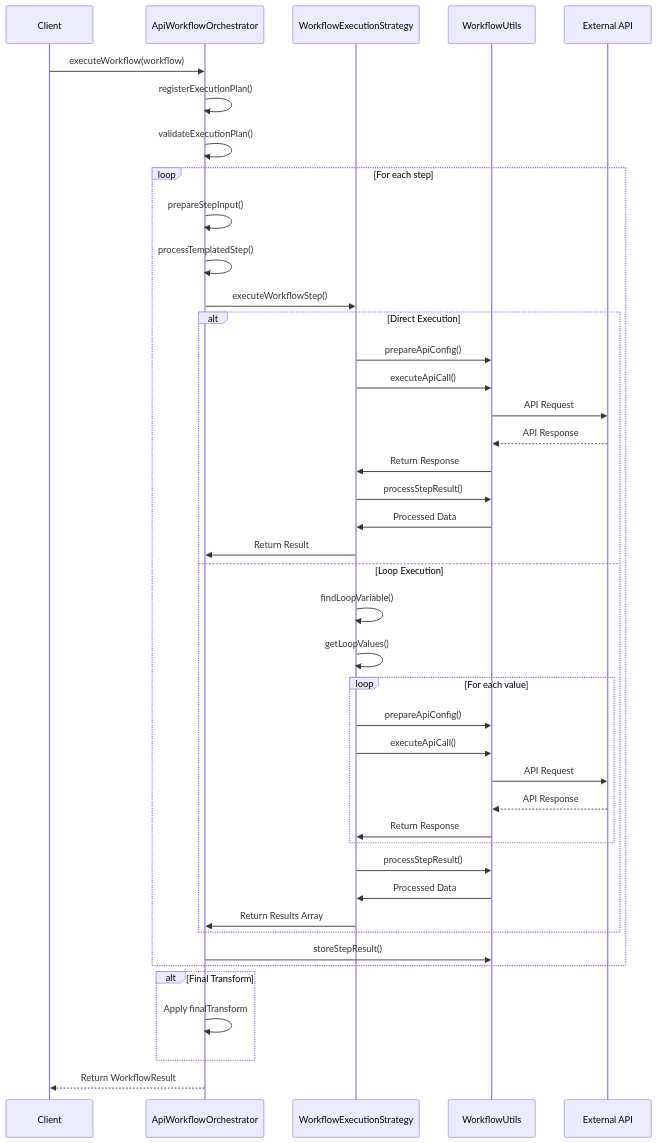
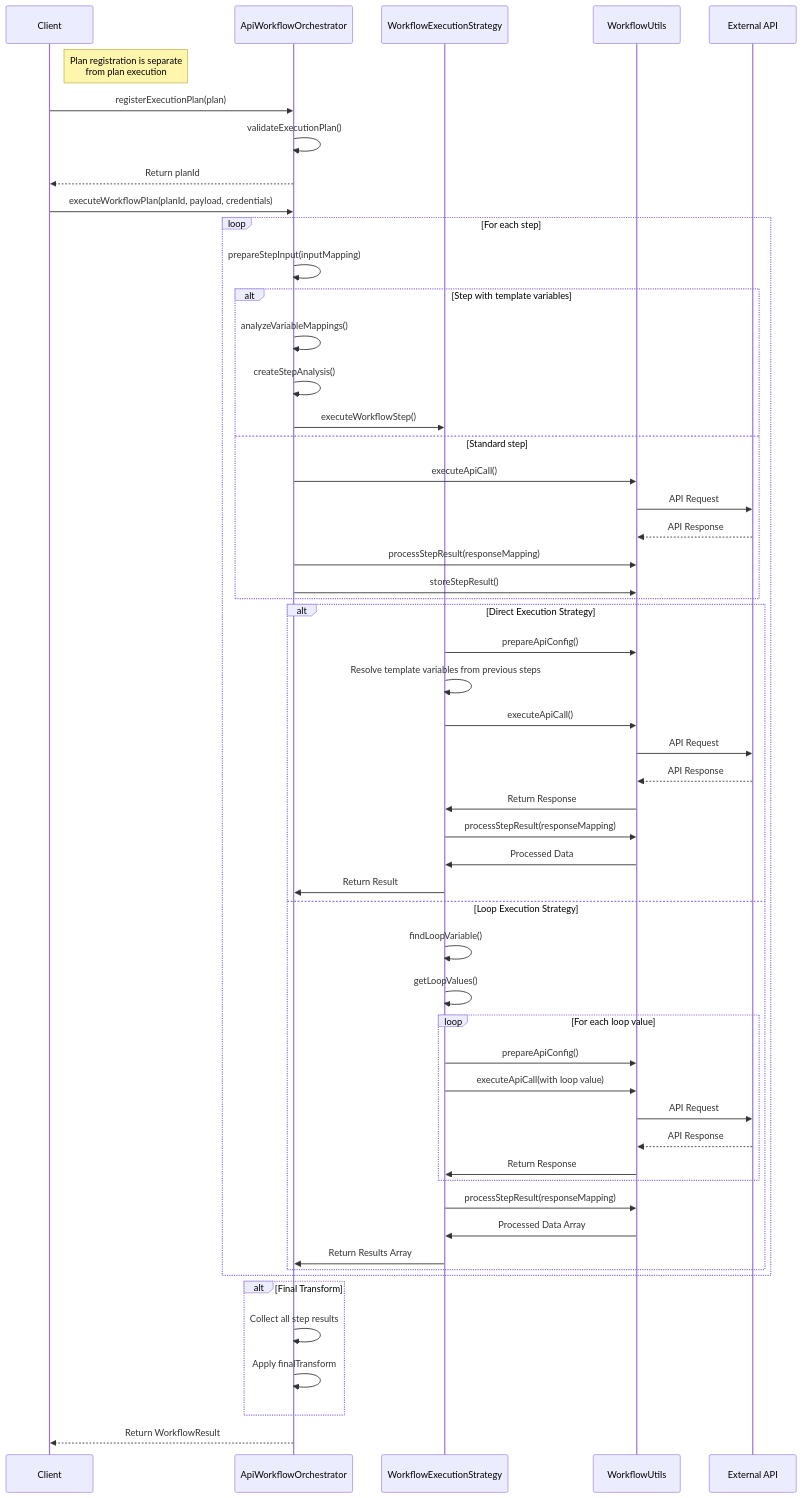
Before and after one commit to superglue-ai/superglue: the second of 4 diagrams in packages/core/components/workflow/README.md, drawn with Mermaid. The commit also changed other lines of this file and 8 other files, not shown here.

````diff
--- a/packages/core/components/workflow/README.md
+++ b/packages/core/components/workflow/README.md
@@ -32,50 +32,63 @@
 ```mermaid
 sequenceDiagram
     participant Client
     participant Orchestrator as ApiWorkflowOrchestrator
     participant Strategy as WorkflowExecutionStrategy
     participant Utils as WorkflowUtils
     participant API as External API
     
-    Client->>Orchestrator: executeWorkflow(workflow)
-    Orchestrator->>Orchestrator: registerExecutionPlan()
+    Note right of Client: Plan registration is separate<br/>from plan execution
+    Client->>Orchestrator: registerExecutionPlan(plan)
     Orchestrator->>Orchestrator: validateExecutionPlan()
+    Orchestrator-->>Client: Return planId
+    
+    Client->>Orchestrator: executeWorkflowPlan(planId, payload, credentials)
     
     loop For each step
-        Orchestrator->>Orchestrator: prepareStepInput()
-        Orchestrator->>Orchestrator: processTemplatedStep()
-        Orchestrator->>Strategy: executeWorkflowStep()
+        Orchestrator->>Orchestrator: prepareStepInput(inputMapping)
         
-        alt Direct Execution
+        alt Step with template variables
+            Orchestrator->>Orchestrator: analyzeVariableMappings()
+            Orchestrator->>Orchestrator: createStepAnalysis()
+            Orchestrator->>Strategy: executeWorkflowStep()
+        else Standard step
+            Orchestrator->>Utils: executeApiCall()
+            Utils->>API: API Request
+            API-->>Utils: API Response
+            Orchestrator->>Utils: processStepResult(responseMapping)
+            Orchestrator->>Utils: storeStepResult()
+        end
+        
+        alt Direct Execution Strategy
             Strategy->>Utils: prepareApiConfig()
+            Strategy->>Strategy: Resolve template variables from previous steps
             Strategy->>Utils: executeApiCall()
             Utils->>API: API Request
             API-->>Utils: API Response
             Utils->>Strategy: Return Response
-            Strategy->>Utils: processStepResult()
+            Strategy->>Utils: processStepResult(responseMapping)
             Utils->>Strategy: Processed Data
             Strategy->>Orchestrator: Return Result
-        else Loop Execution
+        else Loop Execution Strategy
             Strategy->>Strategy: findLoopVariable()
             Strategy->>Strategy: getLoopValues()
-            loop For each value
+            loop For each loop value
                 Strategy->>Utils: prepareApiConfig()
-                Strategy->>Utils: executeApiCall()
+                Strategy->>Utils: executeApiCall(with loop value)
                 Utils->>API: API Request
                 API-->>Utils: API Response
                 Utils->>Strategy: Return Response
             end
-            Strategy->>Utils: processStepResult()
-            Utils->>Strategy: Processed Data
+            Strategy->>Utils: processStepResult(responseMapping)
+            Utils->>Strategy: Processed Data Array
             Strategy->>Orchestrator: Return Results Array
         end
-        
-        Orchestrator->>Utils: storeStepResult()
     end
     
     alt Final Transform
+        Orchestrator->>Orchestrator: Collect all step results
         Orchestrator->>Orchestrator: Apply finalTransform
     end
     
     Orchestrator-->>Client: Return WorkflowResult
 ```
````
